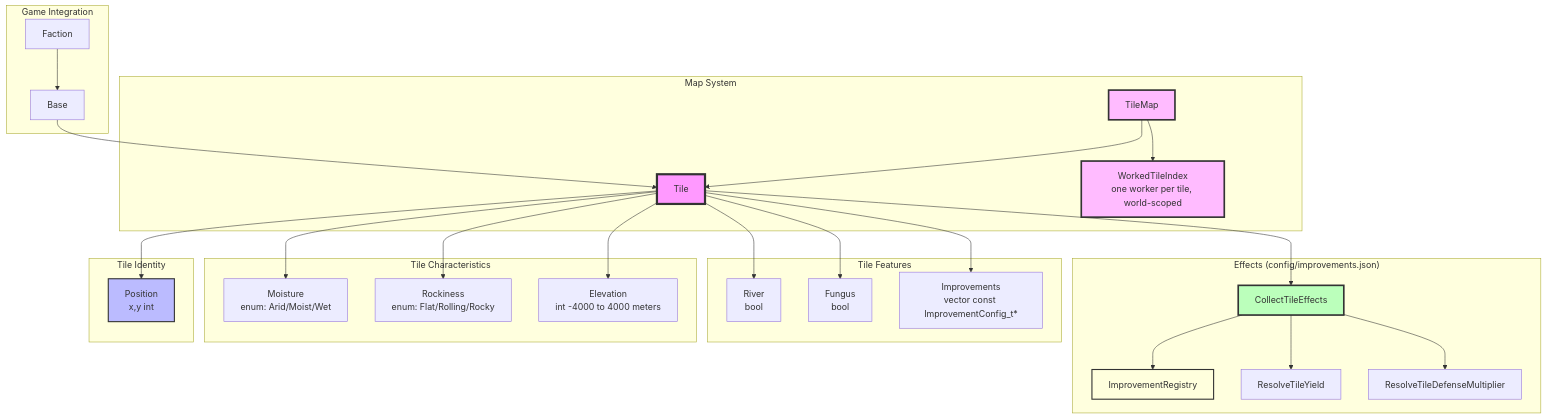
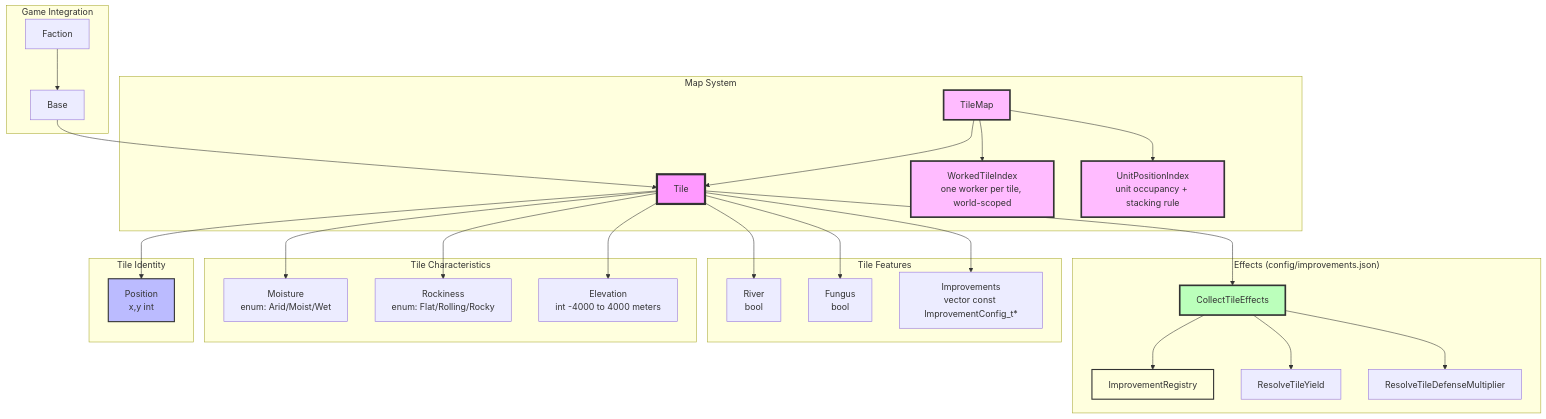
Before and after one commit to kilianloftis/alpha-centauri: the first of 2 diagrams in docs/architecture/map-system.md, drawn with Mermaid. The commit also changed other lines of this file and 16 other files, not shown here.

````diff
--- a/docs/architecture/map-system.md
+++ b/docs/architecture/map-system.md
@@ -3,59 +3,62 @@
 ```mermaid
 graph TB
     subgraph "Map System"
         TileMap[TileMap]
         Tile[Tile]
         WorkedTileIndex[WorkedTileIndex<br/>one worker per tile, world-scoped]
+        UnitPositionIndex[UnitPositionIndex<br/>unit occupancy + stacking rule]
     end
 
     subgraph "Tile Identity"
         Position[Position<br/>x,y int]
     end
 
     subgraph "Tile Characteristics"
         Moisture[Moisture<br/>enum: Arid/Moist/Wet]
         Rockiness[Rockiness<br/>enum: Flat/Rolling/Rocky]
         Elevation[Elevation<br/>int -4000 to 4000 meters]
     end
 
     subgraph "Tile Features"
         River[River<br/>bool]
         Fungus[Fungus<br/>bool]
         Improvements[Improvements<br/>vector const ImprovementConfig_t*]
     end
 
     subgraph "Effects (config/improvements.json)"
         ImprovementRegistry[ImprovementRegistry]
         CollectTileEffects[CollectTileEffects]
         ResolveTileYield[ResolveTileYield]
         ResolveTileDefenseMultiplier[ResolveTileDefenseMultiplier]
     end
 
     subgraph "Game Integration"
         Base[Base]
         Faction[Faction]
     end
 
     TileMap --> Tile
     TileMap --> WorkedTileIndex
+    TileMap --> UnitPositionIndex
     Tile --> Position
     Tile --> Moisture
     Tile --> Rockiness
     Tile --> Elevation
     Tile --> River
     Tile --> Fungus
     Tile --> Improvements
     Tile --> CollectTileEffects
     CollectTileEffects --> ImprovementRegistry
     CollectTileEffects --> ResolveTileYield
     CollectTileEffects --> ResolveTileDefenseMultiplier
     Base --> Tile
     Faction --> Base
 
     style Tile fill:#f9f,stroke:#333,stroke-width:4px
     style TileMap fill:#fbf,stroke:#333,stroke-width:3px
     style Position fill:#bbf,stroke:#333,stroke-width:2px
     style WorkedTileIndex fill:#fbf,stroke:#333,stroke-width:3px
+    style UnitPositionIndex fill:#fbf,stroke:#333,stroke-width:3px
     style ImprovementRegistry fill:#ffd,stroke:#333,stroke-width:2px
     style CollectTileEffects fill:#bfb,stroke:#333,stroke-width:3px
 ```
````
